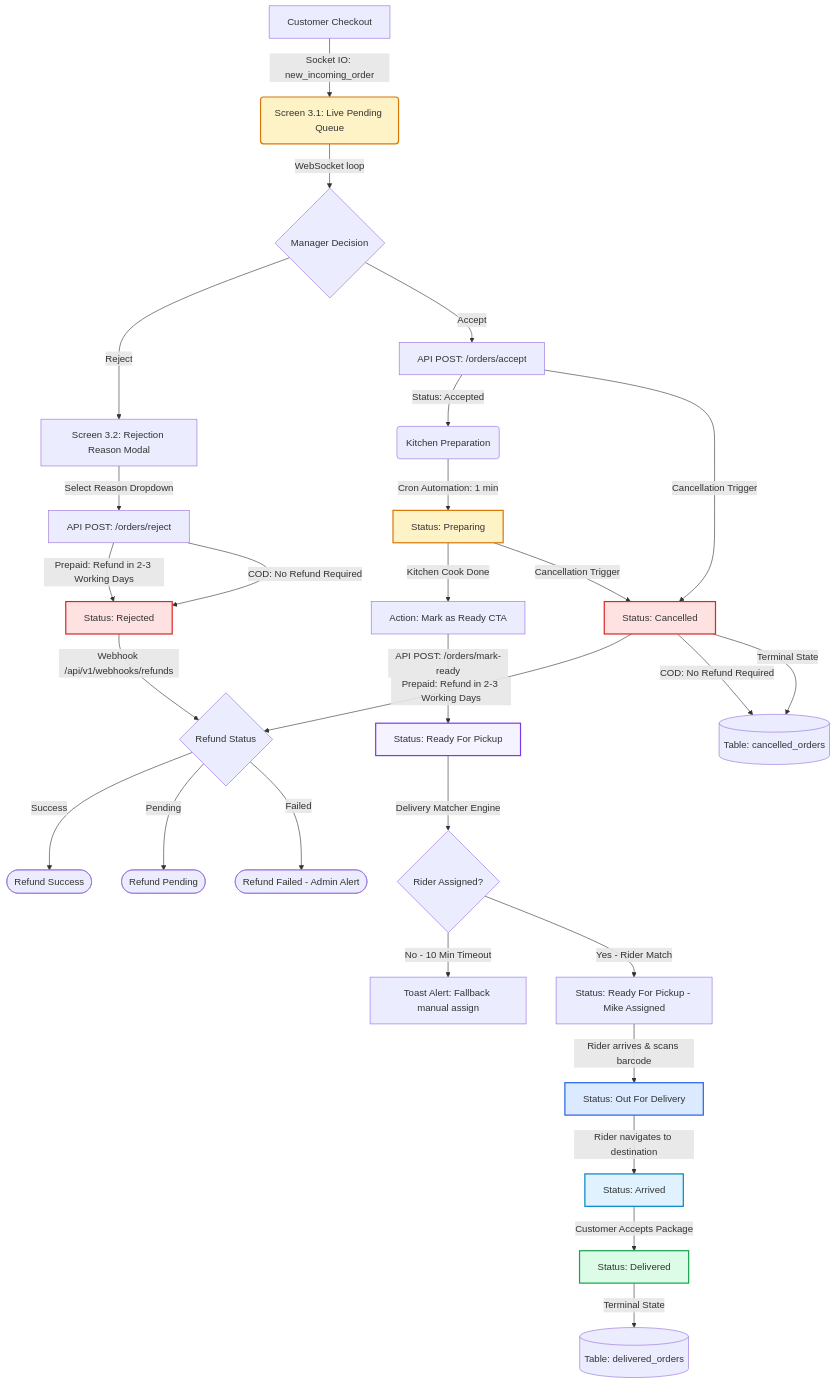
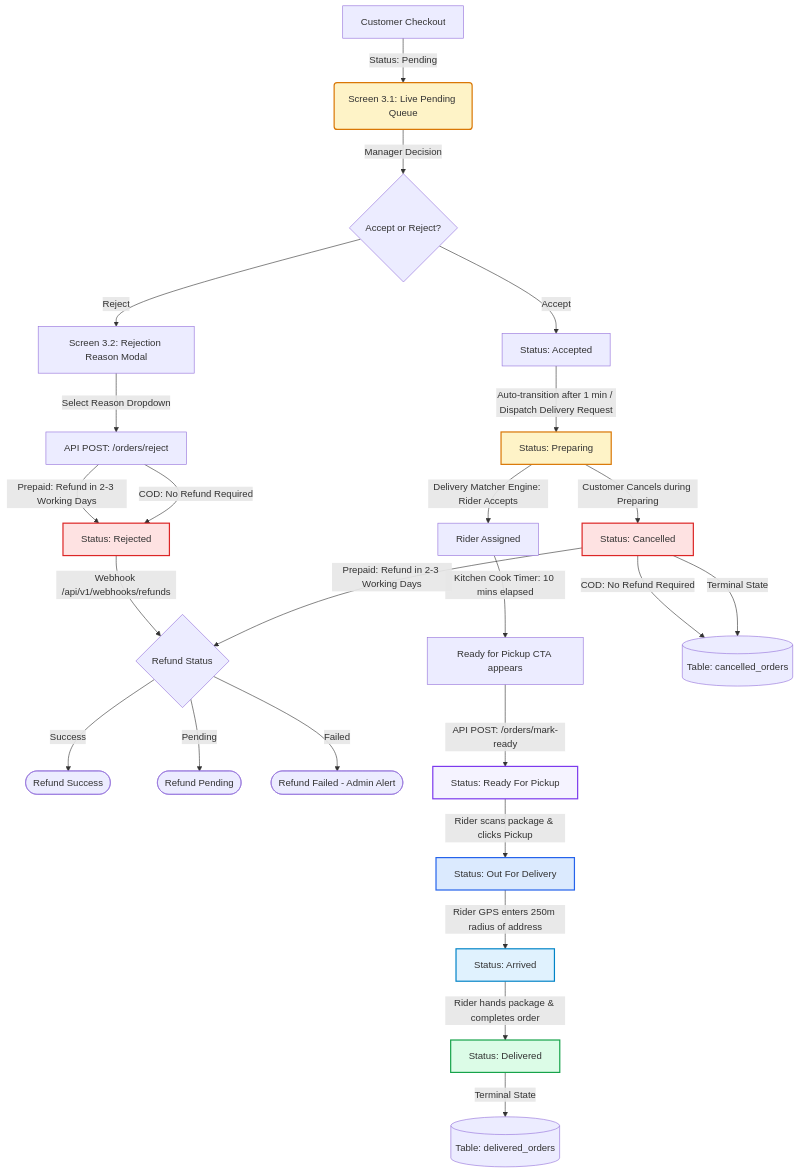
Before and after one commit to codentratechnologies/Restaurant-portals: the diagram in restro2.md, drawn with Mermaid. The commit also changed other lines of this file, not shown here.

````diff
--- a/restro2.md
+++ b/restro2.md
@@ -1395,55 +1404,55 @@
 ```mermaid
 graph TD
     %% Order Creation & Intake
-    A[Customer Checkout] -->|Socket IO: new_incoming_order| B(Screen 3.1: Live Pending Queue)
-    B -->|WebSocket loop| C{Manager Decision}
+    A[Customer Checkout] -->|Status: Pending| B(Screen 3.1: Live Pending Queue)
+    B -->|Manager Decision| C{Accept or Reject?}
     
     %% Rejection Path
     C -->|Reject| D[Screen 3.2: Rejection Reason Modal]
     D -->|Select Reason Dropdown| E[API POST: /orders/reject]
     E -->|Prepaid: Refund in 2-3 Working Days| F[Status: Rejected]
     E -->|COD: No Refund Required| F[Status: Rejected]
     F -->|Webhook /api/v1/webhooks/refunds| G{Refund Status}
     G -->|Success| H([Refund Success])
     G -->|Pending| I([Refund Pending])
     G -->|Failed| J([Refund Failed - Admin Alert])
 
     %% Acceptance & Preparation Path
-    C -->|Accept| K[API POST: /orders/accept]
-    K -->|Status: Accepted| L(Kitchen Preparation)
-    L -->|Cron Automation: 1 min| M[Status: Preparing]
-    M -->|Kitchen Cook Done| N[Action: Mark as Ready CTA]
+    C -->|Accept| K[Status: Accepted]
+    K -->|Auto-transition after 1 min / Dispatch Delivery Request| M[Status: Preparing]
+    
+    %% Rider Assignment (Under Preparing)
+    M -->|Delivery Matcher Engine: Rider Accepts| R[Rider Assigned]
+    
+    %% Ready for Pickup (10 min cook time delay)
+    R -->|Kitchen Cook Timer: 10 mins elapsed| N[Ready for Pickup CTA appears]
     N -->|API POST: /orders/mark-ready| O[Status: Ready For Pickup]
 
-    %% Cancellation Paths (Allowed during Accepted or Preparing)
-    K -->|Cancellation Trigger| Y[Status: Cancelled]
-    M -->|Cancellation Trigger| Y[Status: Cancelled]
+    %% Cancellation Path (Only allowed during Preparing)
+    M -->|Customer Cancels during Preparing| Y[Status: Cancelled]
     Y -->|Prepaid: Refund in 2-3 Working Days| G{Refund Status}
     Y -->|COD: No Refund Required| Z[(Table: cancelled_orders)]
+
+    %% Rider Handover & Pickup
+    O -->|Rider scans package & clicks Pickup| S[Status: Out For Delivery]
     
-    %% Delivery Dispatch Matching
-    O -->|Delivery Matcher Engine| P{Rider Assigned?}
-    P -->|No - 10 Min Timeout| Q[Toast Alert: Fallback manual assign]
-    P -->|Yes - Rider Match| R[Status: Ready For Pickup - Mike Assigned]
-    
-    %% Handover & Transit
-    R -->|Rider arrives & scans barcode| S[Status: Out For Delivery]
-    S -->|Rider navigates to destination| T[Status: Arrived]
+    %% Transit & Geofence
+    S -->|Rider GPS enters 250m radius of address| T[Status: Arrived]
     
     %% Handover Resolution
-    T -->|Customer Accepts Package| U[Status: Delivered]
+    T -->|Rider hands package & completes order| U[Status: Delivered]
     
     %% Auditing Ledger
     U -->|Terminal State| W[(Table: delivered_orders)]
     Y -->|Terminal State| Z[(Table: cancelled_orders)]
     
     %% Style formatting
     style B fill:#FEF3C7,stroke:#D97706,stroke-width:2px
     style F fill:#FEE2E2,stroke:#DC2626,stroke-width:2px
     style M fill:#FEF3C7,stroke:#D97706,stroke-width:2px
     style O fill:#F5F3FF,stroke:#7C3AED,stroke-width:2px
     style S fill:#DBEAFE,stroke:#2563EB,stroke-width:2px
     style T fill:#E0F2FE,stroke:#0284C7,stroke-width:2px
     style U fill:#DCFCE7,stroke:#16A34A,stroke-width:2px
     style Y fill:#FEE2E2,stroke:#DC2626,stroke-width:2px
 ```
````
